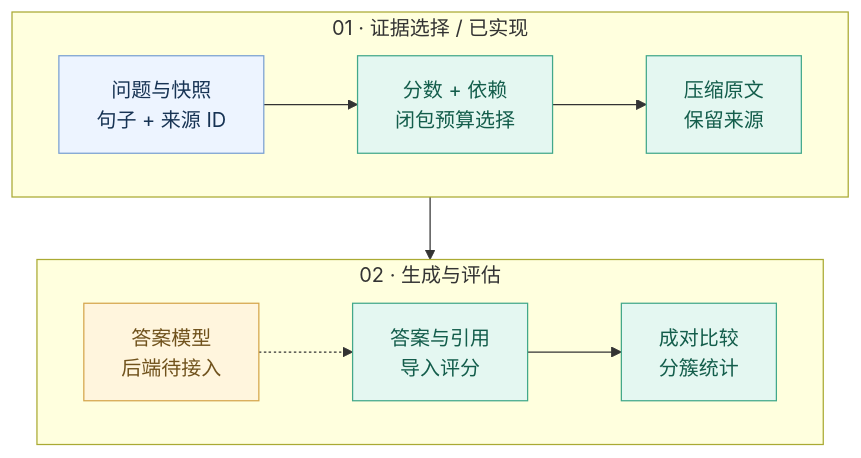
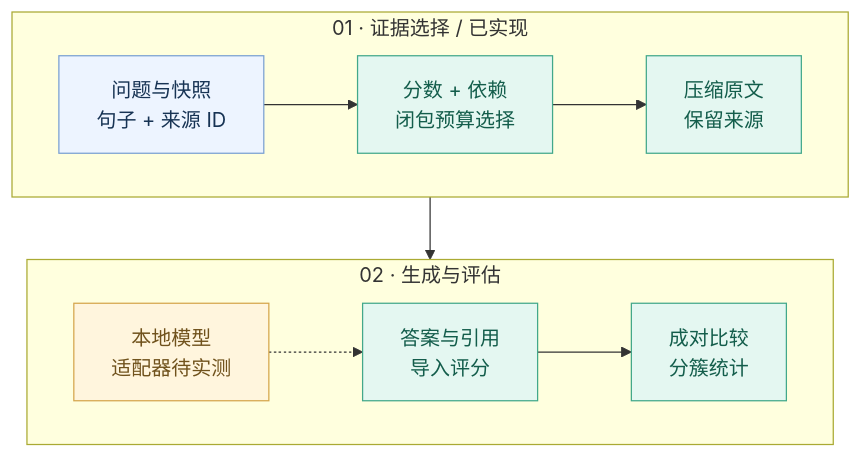
Before and after one commit to Chaos886/scopepack-www: the diagram in README.md, drawn with Mermaid. The commit also changed other lines of this file and 3 other files, not shown here.

````diff
--- a/README.md
+++ b/README.md
@@ -42,18 +42,18 @@
 ```mermaid
 flowchart TB
     subgraph PACK["01 · 证据选择 / 已实现"]
       direction LR
       A["问题与快照<br/>句子 + 来源 ID"] --> B["分数 + 依赖<br/>闭包预算选择"] --> C["压缩原文<br/>保留来源"]
     end
     subgraph EVAL["02 · 生成与评估"]
       direction LR
-      D["答案模型<br/>后端待接入"] -.-> E["答案与引用<br/>导入评分"] --> F["成对比较<br/>分簇统计"]
+      D["本地模型<br/>适配器待实测"] -.-> E["答案与引用<br/>导入评分"] --> F["成对比较<br/>分簇统计"]
     end
     PACK --> EVAL
     classDef input fill:#edf4ff,stroke:#7aa0d2,color:#173354
     classDef method fill:#e4f7f1,stroke:#42a88a,color:#135d4b
     classDef pending fill:#fff5dd,stroke:#d5a64c,color:#70521c
     class A input
     class B,C,E,F method
     class D pending
 ```
````
